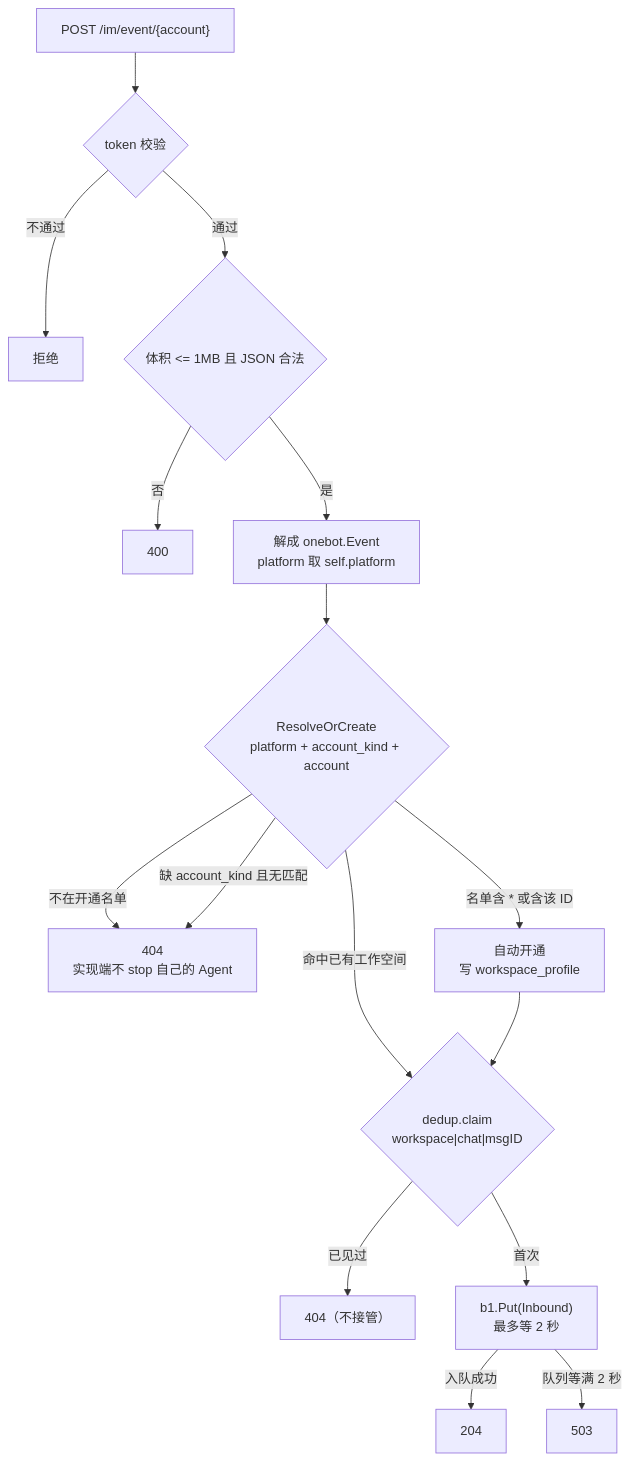
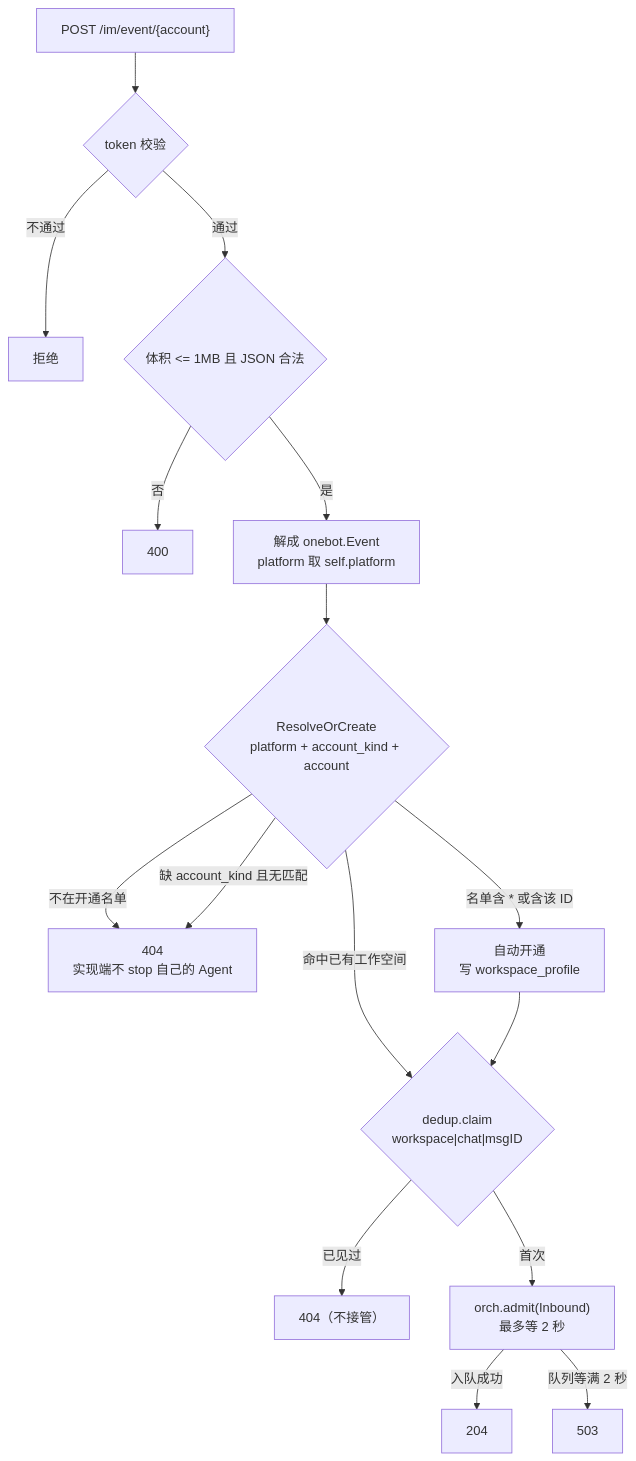
The diagram in docs/domains/ingest.md (CanWeakerWriteStrongCode/good-review-master), drawn with Mermaid before and after one commit. The commit also changed other lines of this file and 26 other files, not shown here.

````diff
--- a/docs/domains/ingest.md
+++ b/docs/domains/ingest.md
@@ -32,18 +32,18 @@
 ```mermaid
 flowchart TD
   A["POST /im/event/{account}"] --> B{token 校验}
   B -->|不通过| R1[拒绝]
   B -->|通过| C{体积 <= 1MB 且 JSON 合法}
   C -->|否| R2[400]
   C -->|是| D["解成 onebot.Event<br/>platform 取 self.platform"]
   D --> E{"ResolveOrCreate<br/>platform + account_kind + account"}
   E -->|"命中已有工作空间"| G
   E -->|"不在开通名单"| R3["404<br/>实现端不 stop 自己的 Agent"]
   E -->|"缺 account_kind 且无匹配"| R3
   E -->|"名单含 * 或含该 ID"| F["自动开通<br/>写 workspace_profile"]
   F --> G{"dedup.claim<br/>workspace|chat|msgID"}
   G -->|已见过| R4["404（不接管）"]
-  G -->|首次| H["b1.Put(Inbound)<br/>最多等 2 秒"]
+  G -->|首次| H["orch.admit(Inbound)<br/>最多等 2 秒"]
   H -->|入队成功| OK["204"]
   H -->|队列等满 2 秒| R5["503"]
 ```
````
